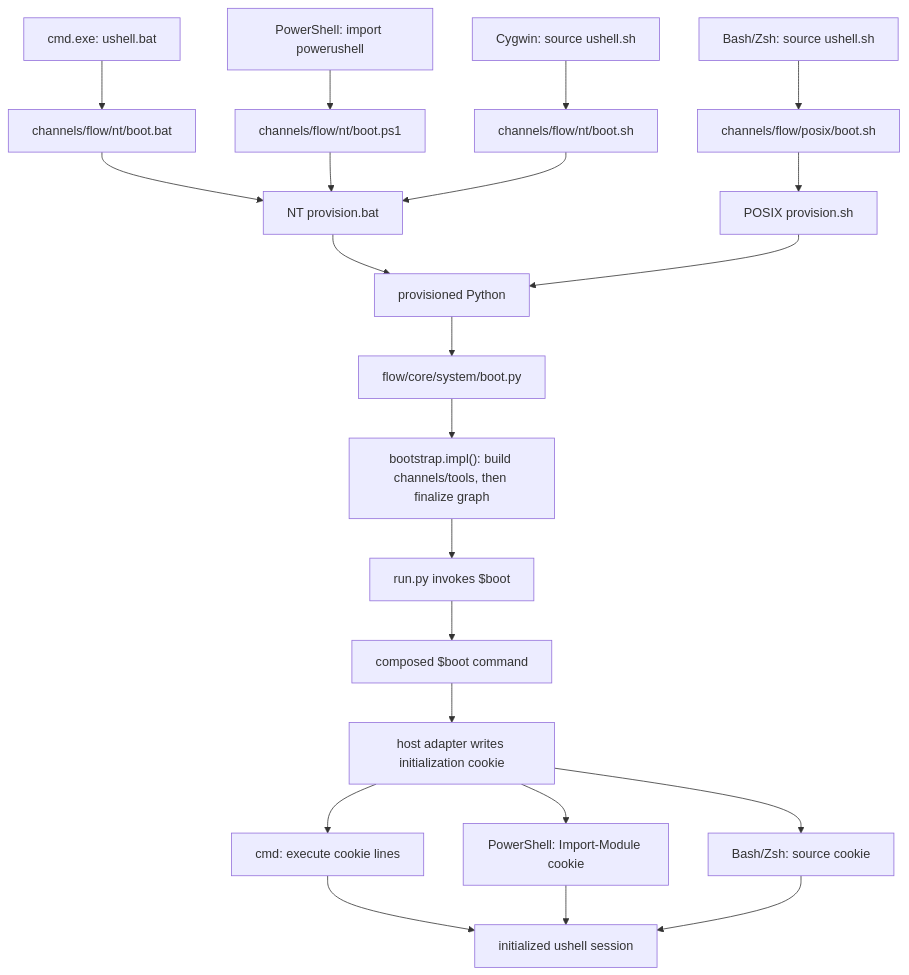
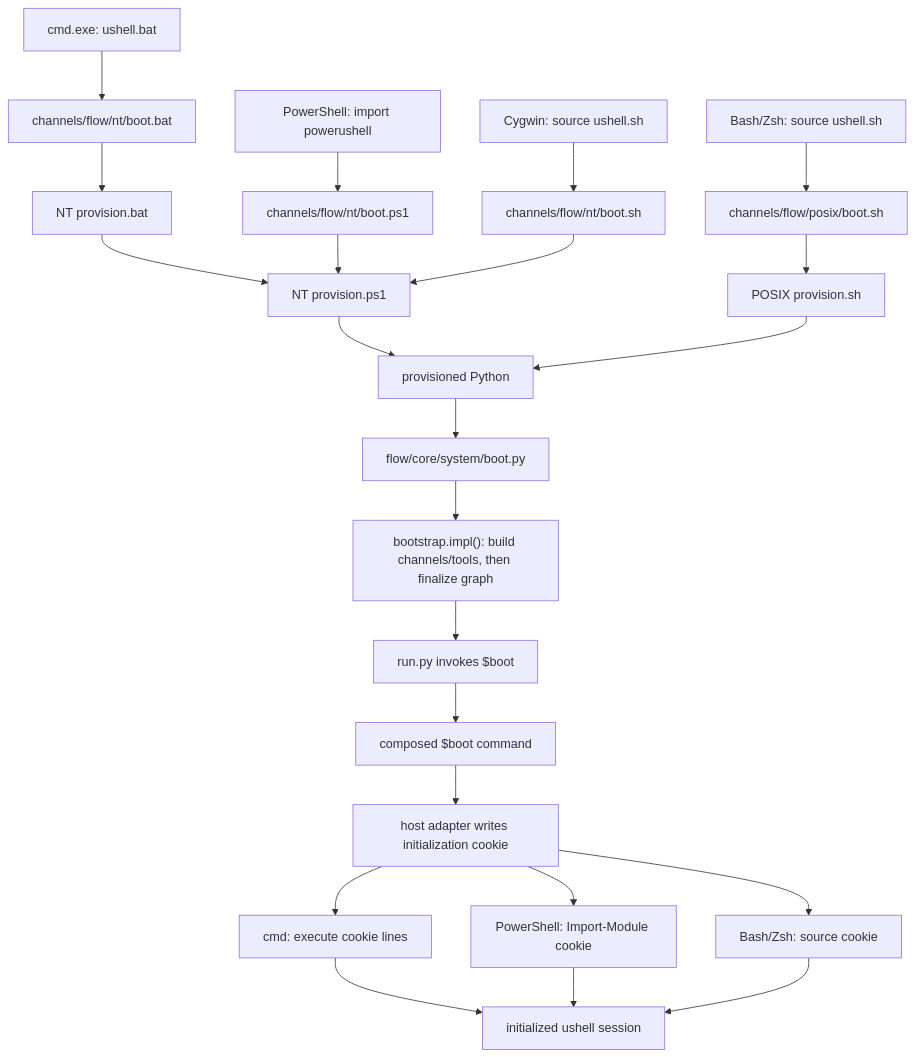
The first of 2 diagrams in ARCHITECTURE.md (DudeRenderer/ushell-fork), drawn with Mermaid before and after one commit. The commit also changed other lines of this file and 9 other files, not shown here.

````diff
--- a/ARCHITECTURE.md
+++ b/ARCHITECTURE.md
@@ -69,27 +76,28 @@
 ```mermaid
 flowchart TD
     CMD["cmd.exe: ushell.bat"] --> NTBAT["channels/flow/nt/boot.bat"]
     PWSH["PowerShell: import powerushell"] --> NTPS["channels/flow/nt/boot.ps1"]
     POSIX["Bash/Zsh: source ushell.sh"] --> POSIXBOOT["channels/flow/posix/boot.sh"]
     CYGWIN["Cygwin: source ushell.sh"] --> NTSH["channels/flow/nt/boot.sh"]
 
-    NTBAT --> NTPROV["NT provision.bat"]
+    NTBAT --> NTWRAP["NT provision.bat"]
+    NTWRAP --> NTPROV["NT provision.ps1"]
     NTPS --> NTPROV
     NTSH --> NTPROV
     POSIXBOOT --> POSIXPROV["POSIX provision.sh"]
 
     NTPROV --> PY["provisioned Python"]
     POSIXPROV --> PY
     PY --> BOOTPY["flow/core/system/boot.py"]
     BOOTPY --> BOOTSTRAP["bootstrap.impl(): build channels/tools, then finalize graph"]
     BOOTSTRAP --> RUNNER["run.py invokes $boot"]
     RUNNER --> COMPOSED["composed $boot command"]
     COMPOSED --> COOKIE["host adapter writes initialization cookie"]
 
     COOKIE --> CMDINIT["cmd: execute cookie lines"]
     COOKIE --> PSINIT["PowerShell: Import-Module cookie"]
     COOKIE --> SHINIT["Bash/Zsh: source cookie"]
     CMDINIT --> SESSION["initialized ushell session"]
     PSINIT --> SESSION
     SHINIT --> SESSION
 ```
````
